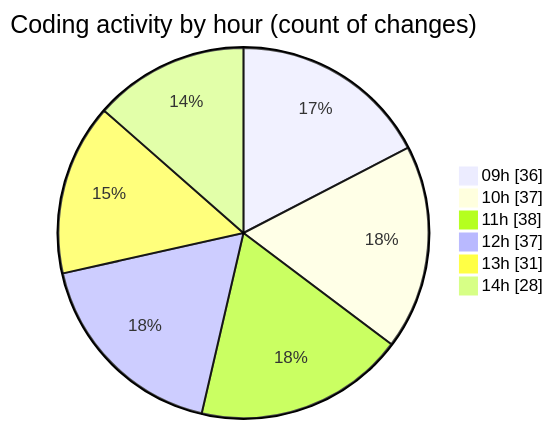
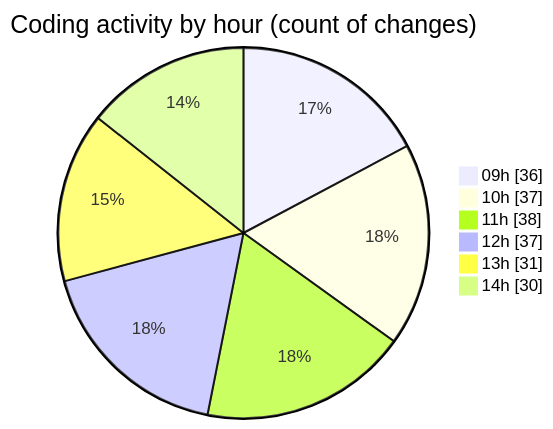
Before and after one commit to momahboobian/code-tracking: the second of 2 diagrams in 2026-04-16/cda/README.md, drawn with Mermaid. The commit also changed other lines of this file and 1 other file, not shown here.

````diff
--- a/2026-04-16/cda/README.md
+++ b/2026-04-16/cda/README.md
@@ -32,10 +32,10 @@
 ```mermaid
 pie showData
 title Coding activity by hour (count of changes)
 "09h" : 36
 "10h" : 37
 "11h" : 38
 "12h" : 37
 "13h" : 31
-"14h" : 28
+"14h" : 30
 ```
````
